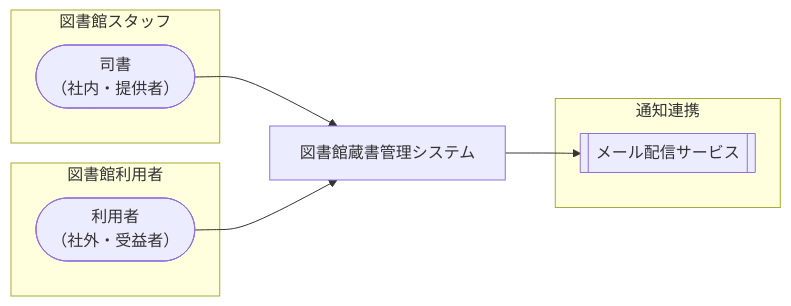
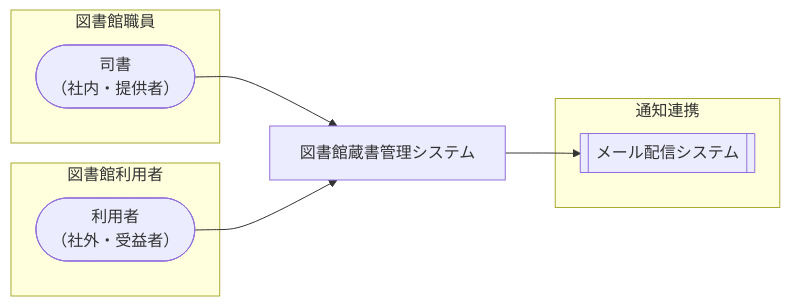
Before and after one commit to suwa-sh/suwa-sh-claude-plugins: the diagram in samples/distillery2/library-loan/docs/requirements/rdra/views/01_システムコンテキスト.md, drawn with Mermaid. The commit also changed other lines of this file and 249 other files, not shown here.

````diff
--- a/samples/distillery2/library-loan/docs/requirements/rdra/views/01_システムコンテキスト.md
+++ b/samples/distillery2/library-loan/docs/requirements/rdra/views/01_システムコンテキスト.md
@@ -7,16 +7,16 @@
 ```mermaid
 graph LR
-  subgraph AG1["図書館スタッフ"]
+  subgraph AG1["図書館職員"]
     AC1(["司書<br/>（社内・提供者）"])
   end
   subgraph AG2["図書館利用者"]
     AC2(["利用者<br/>（社外・受益者）"])
   end
   SYS["図書館蔵書管理システム"]
   subgraph EG1["通知連携"]
-    EX1[["メール配信サービス"]]
+    EX1[["メール配信システム"]]
   end
   AC1 --> SYS
   AC2 --> SYS
   SYS --> EX1
 ```
````
